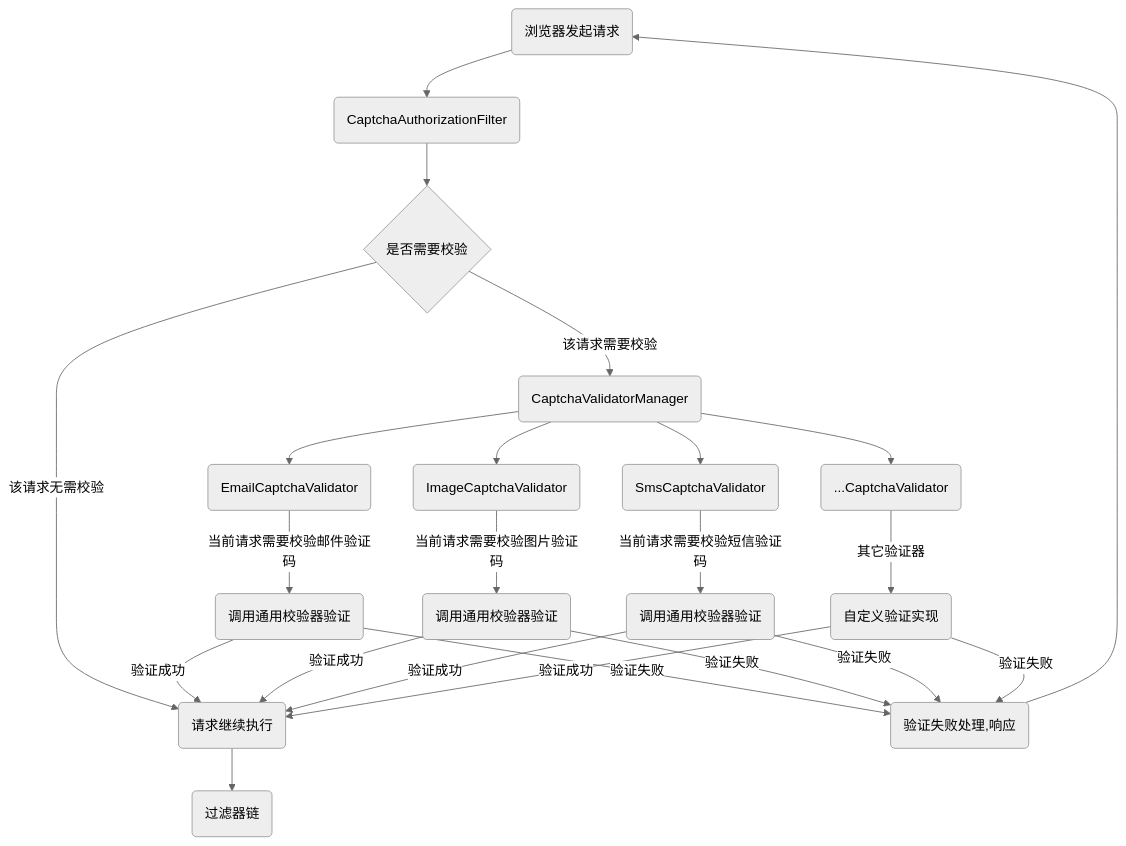
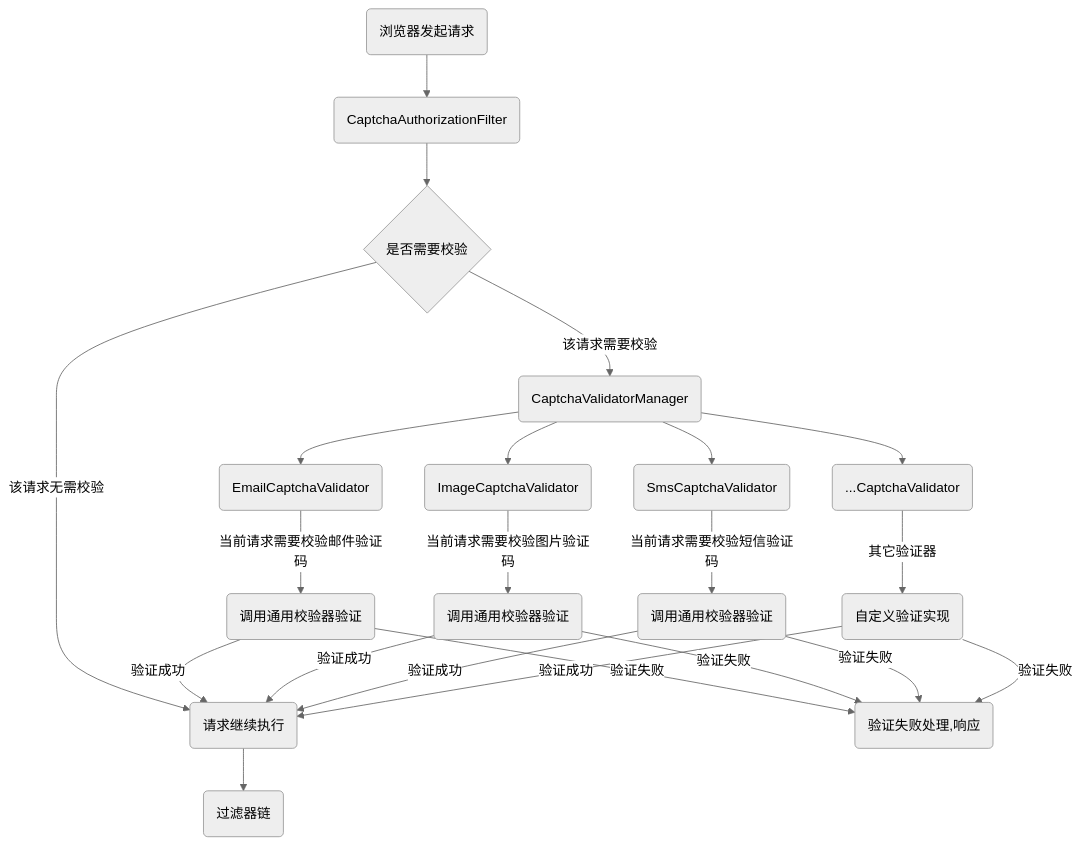
One commit to vains-Sofia/oauth2-security-spring-boot-starter changed the first of 3 diagrams in README.md. Above: the diagram before and after it, drawn with Mermaid (neutral theme). The commit also changed other lines of this file, not shown here.

Commit message:
优化流程图

````diff
--- a/README.md
+++ b/README.md
@@ -237,28 +237,28 @@
 ```mermaid
 graph TB
 	start(浏览器发起请求) --> filter(CaptchaAuthorizationFilter)
 	filter --> a{是否需要校验}
 	a --> |该请求无需校验| c(请求继续执行)
 	c --> chain(过滤器链)
 	a --> |该请求需要校验| manager(CaptchaValidatorManager)
 	manager --> email(EmailCaptchaValidator)
 	manager --> image(ImageCaptchaValidator)
 	manager --> sms(SmsCaptchaValidator)
 	manager --> other(...CaptchaValidator)
 	
 	email --> |当前请求需要校验邮件验证码| b(调用通用校验器验证)
 	image --> |当前请求需要校验图片验证码| d(调用通用校验器验证)
 	sms --> |当前请求需要校验短信验证码| e(调用通用校验器验证)
 	other --> |其它验证器| f(自定义验证实现)
 	
-	failure(验证失败处理,响应) --> start
+	failure(验证失败处理,响应)
 	b --> |验证失败| failure 
 	d --> |验证失败| failure 
 	e --> |验证失败| failure
 	f --> |验证失败| failure
 	
 	b --> |验证成功| c 
 	d --> |验证成功| c
 	e --> |验证成功| c
 	f --> |验证成功| c
 ```
````
